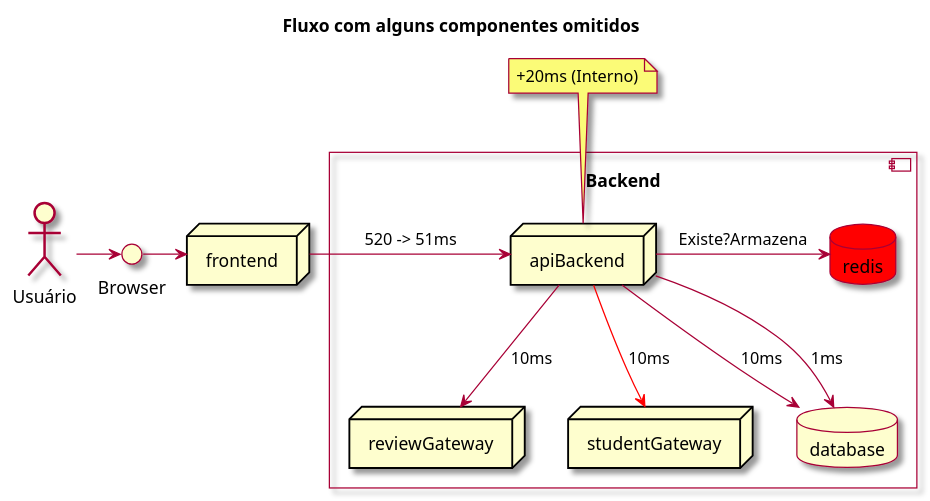
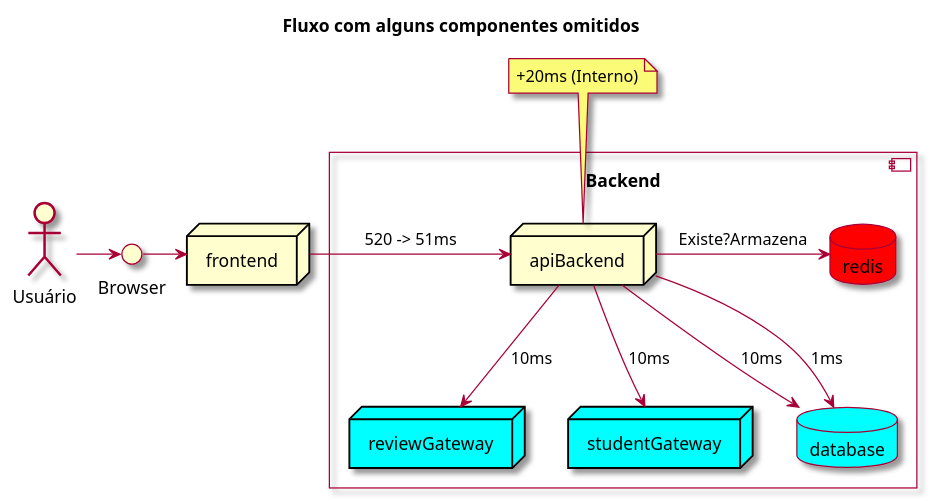
The diagram in docs/diagrams/request-sem-cdn-com-cache.plantuml (charlesardsilva/lecture-cache-content), drawn with PlantUML before and after one commit. The commit also changed 1 other file, not shown here.

Commit message:
Update diagram

```diff
--- a/docs/diagrams/request-sem-cdn-com-cache.plantuml
+++ b/docs/diagrams/request-sem-cdn-com-cache.plantuml
@@ -1,32 +1,32 @@
 @startuml
 
 skin rose
 
 Title: Fluxo com alguns componentes omitidos
 
 actor "Usuário" as actor
 interface "Browser" as browser
 node frontend
 
 actor -> browser
 browser -> frontend
 
 component "Backend\n" {
 
   node "apiBackend" as backend
-  node reviewGateway as reviewGateway
-  node studentGateway as studentGateway
-  database database
+  node reviewGateway as reviewGateway #aqua
+  node studentGateway as studentGateway #aqua
+  database database #aqua
   database redis as redis  #red
 
   backend -> redis: Existe?Armazena
   backend --> database: 10ms
   backend --> database: 1ms
   backend --> reviewGateway: 10ms
-  backend --> studentGateway #red: 10ms
+  backend --> studentGateway: 10ms
 }
 
 frontend -> backend: 520 -> 51ms
 note top of backend: +20ms (Interno)
 
 @enduml
```
